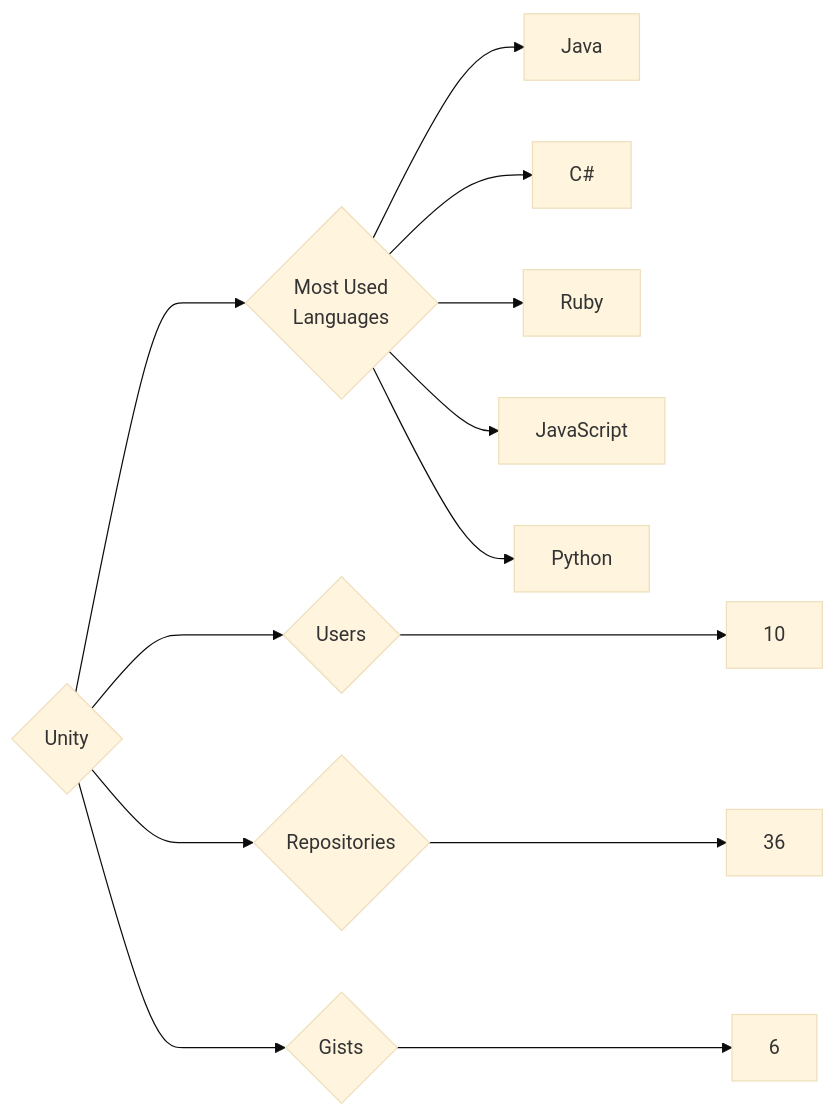
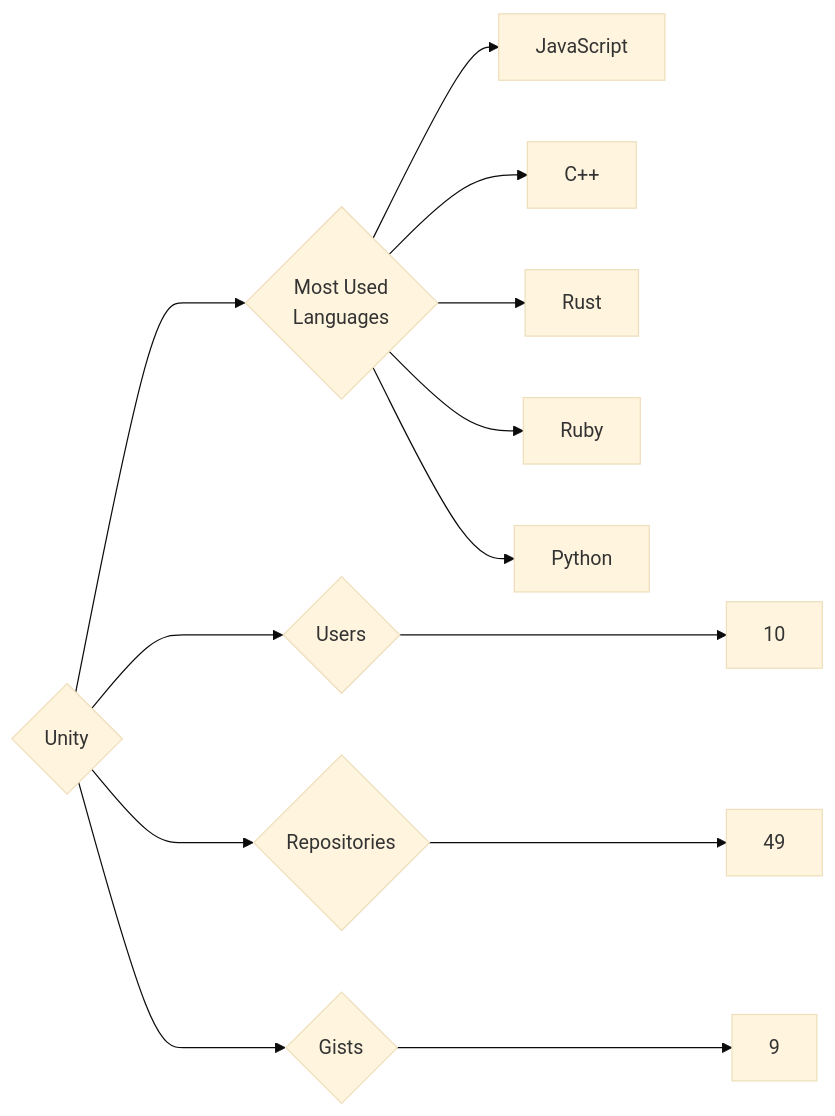
Before and after one commit to trickest/insiders: the diagram in targets/Unity/README.md, drawn with Mermaid (base theme). The commit also changed 1479 other files, not shown here.

````diff
--- a/targets/Unity/README.md
+++ b/targets/Unity/README.md
@@ -3,13 +3,13 @@
 ```mermaid
 graph LR
 COMPANY_NAME{Unity}
 COMPANY_NAME ---> U{Users} ---> UN[10]
-COMPANY_NAME ---> R{Repositories} ---> RN[36]
-COMPANY_NAME ---> G{Gists} ---> GN[6]
+COMPANY_NAME ---> R{Repositories} ---> RN[49]
+COMPANY_NAME ---> G{Gists} ---> GN[9]
 COMPANY_NAME ---> ML{Most Used<br>Languages}
-ML --> Java[Java]
-ML --> C#[C#]
+ML --> JavaScript[JavaScript]
+ML --> C++[C++]
+ML --> Rust[Rust]
 ML --> Ruby[Ruby]
-ML --> JavaScript[JavaScript]
 ML --> Python[Python]
 ```
````
